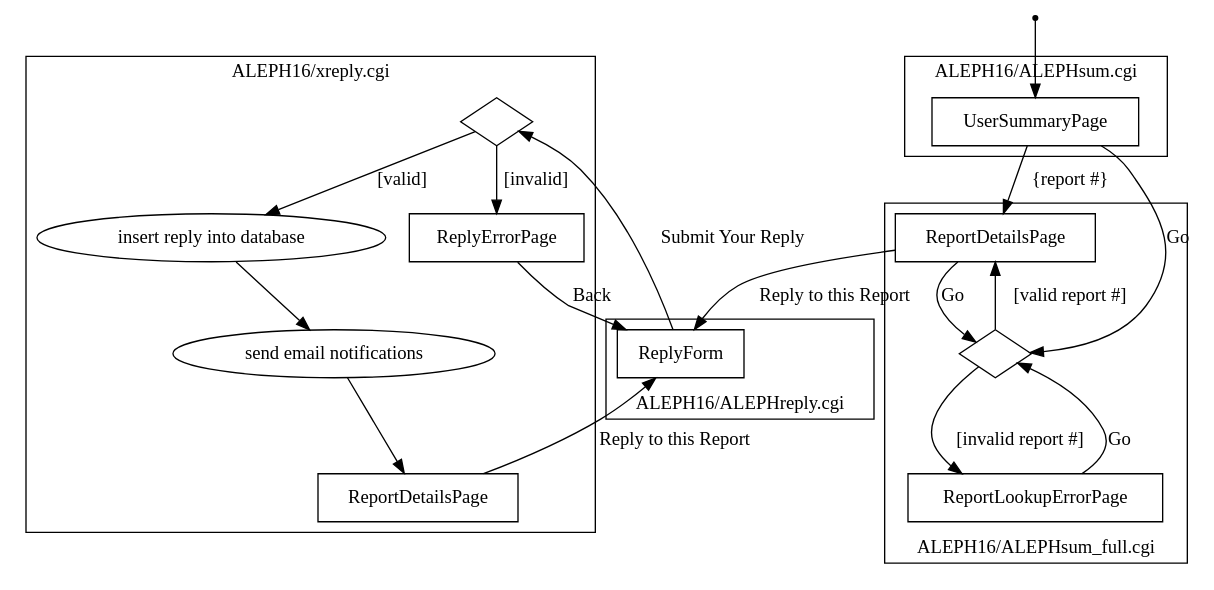
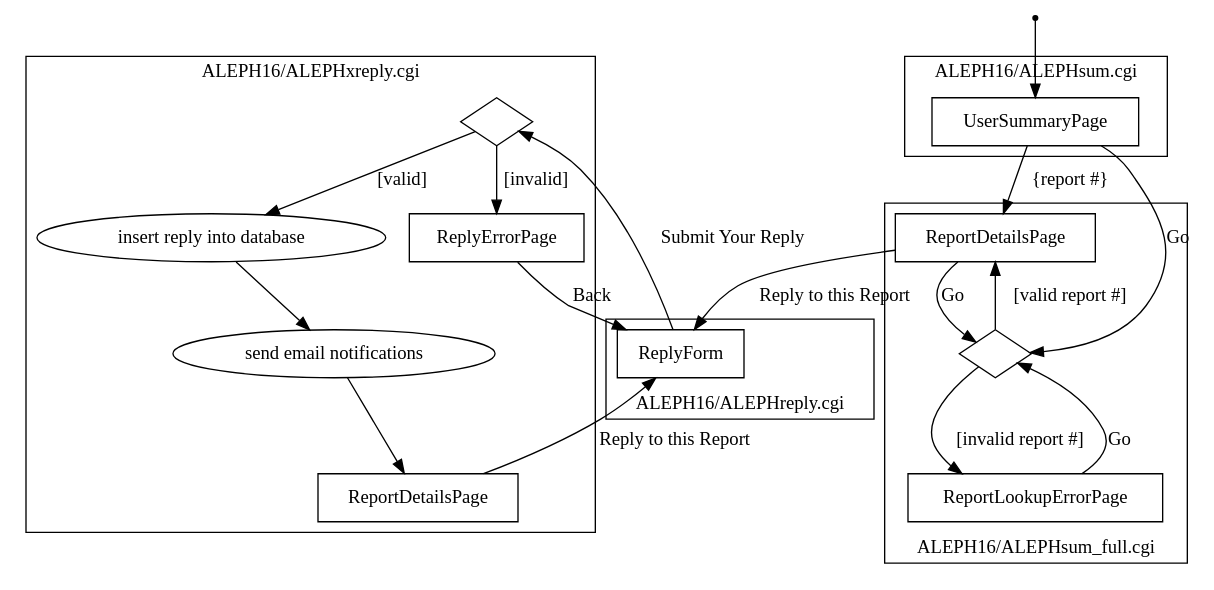
One commit to umd-lib/alephrx changed the diagram in docs/userreply.dot. Above: the diagram before and after it, drawn with Graphviz. The commit also changed 1 other file, not shown here.

Commit message:
LIBILS-30: Fixed script names in the page flow diagrams

```diff
--- a/docs/userreply.dot
+++ b/docs/userreply.dot
@@ -1,81 +1,81 @@
 // The AlephRx user reply process.
 
 digraph {
     // pages
     node [
         shape = rect
     ]
     UserSummaryPage
     // both sum_full.cgi and xreply.cgi display a report details page
     // use two separate pages to distinguish which script renders each one
     // note that in the code, these could most likely be combined into one
     // rendering template
     ReportDetailsPage
     ReportDetailsPage_xreply [ label = ReportDetailsPage ]
     ReportLookupErrorPage
     ReplyForm
     ReplyErrorPage
 
     // processes
     node [
         shape = ellipse
     ]
     send_email [ label = "send email notifications" ]
     insert_reply [ label = "insert reply into database" ]
 
     // error checking
     node [
         shape = diamond
         label = ""
     ]
     validate_reply
     validate_report_number
 
     // set the starting page
     start [ shape = point ]
     start -> UserSummaryPage
 
     // application flow
     UserSummaryPage -> ReportDetailsPage [ label = "{report #}" ]
     UserSummaryPage -> validate_report_number [ label = "Go" ]
 
     ReportDetailsPage -> validate_report_number [ label = "Go" ]
     validate_report_number -> ReportLookupErrorPage [ label = "[invalid report #]" ]
     ReportLookupErrorPage -> validate_report_number [ label = "Go" ]
     validate_report_number -> ReportDetailsPage [ label = "[valid report #]" ]
     ReportDetailsPage -> ReplyForm [ label = "Reply to this Report" ]
 
     ReplyForm -> validate_reply [ label = "Submit Your Reply" ]
     validate_reply -> ReplyErrorPage [ label = "[invalid]" ]
     ReplyErrorPage -> ReplyForm [ label = "Back" ]
     validate_reply -> insert_reply [ label = "[valid]" ]
     insert_reply -> send_email
     send_email -> ReportDetailsPage_xreply
     ReportDetailsPage_xreply -> ReplyForm [ label = "Reply to this Report" ]
 
     // group the pages and processes by which script handles them
     subgraph cluster_0 {
         label = "ALEPH16/ALEPHsum.cgi"
         UserSummaryPage
     }
     subgraph cluster_1 {
         label = "ALEPH16/ALEPHsum_full.cgi"
         labelloc = b
         ReportDetailsPage
         ReportLookupErrorPage
         validate_report_number
     }
     subgraph cluster_2 {
         label = "ALEPH16/ALEPHreply.cgi"
         labelloc = b
         ReplyForm
     }
     subgraph cluster_3 {
-        label = "ALEPH16/xreply.cgi"
+        label = "ALEPH16/ALEPHxreply.cgi"
         validate_reply
         ReplyErrorPage
         insert_reply
         send_email
         ReportDetailsPage_xreply
     }
 }
```
